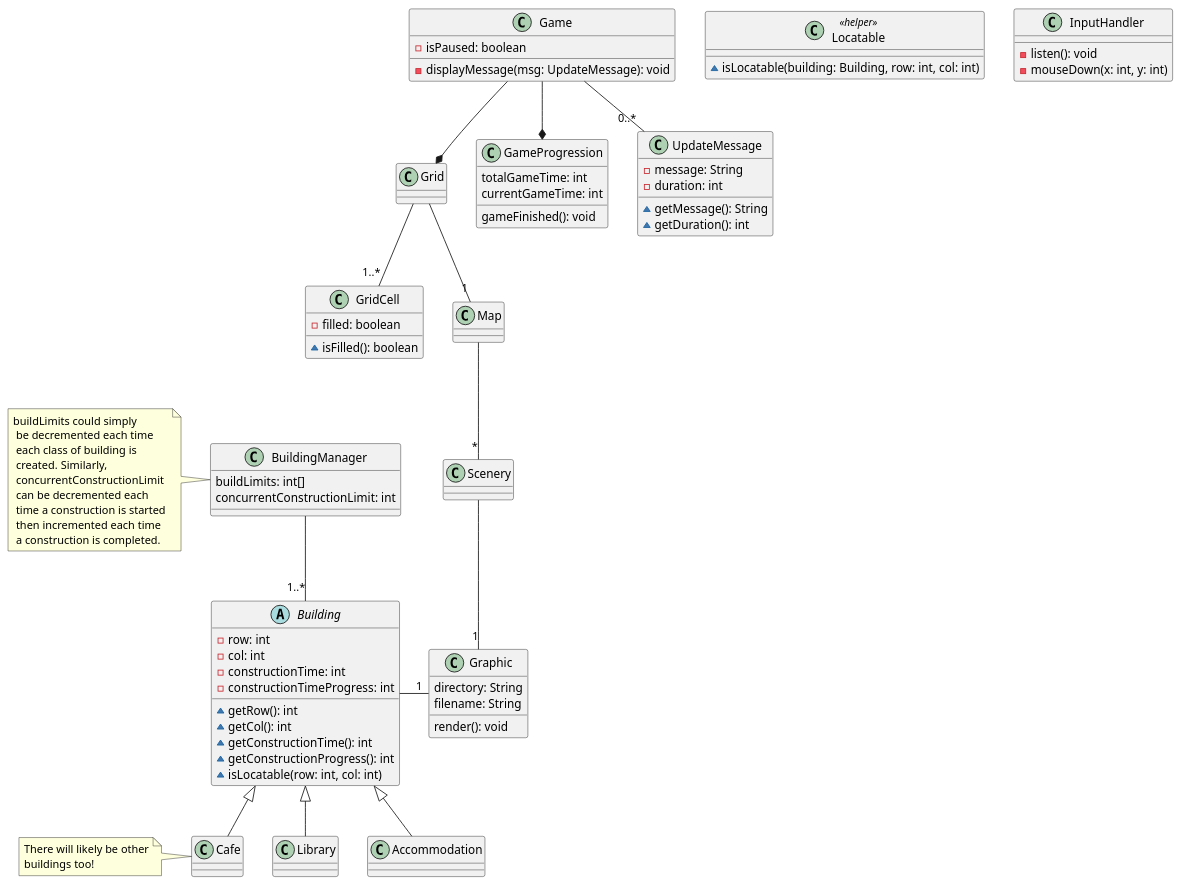
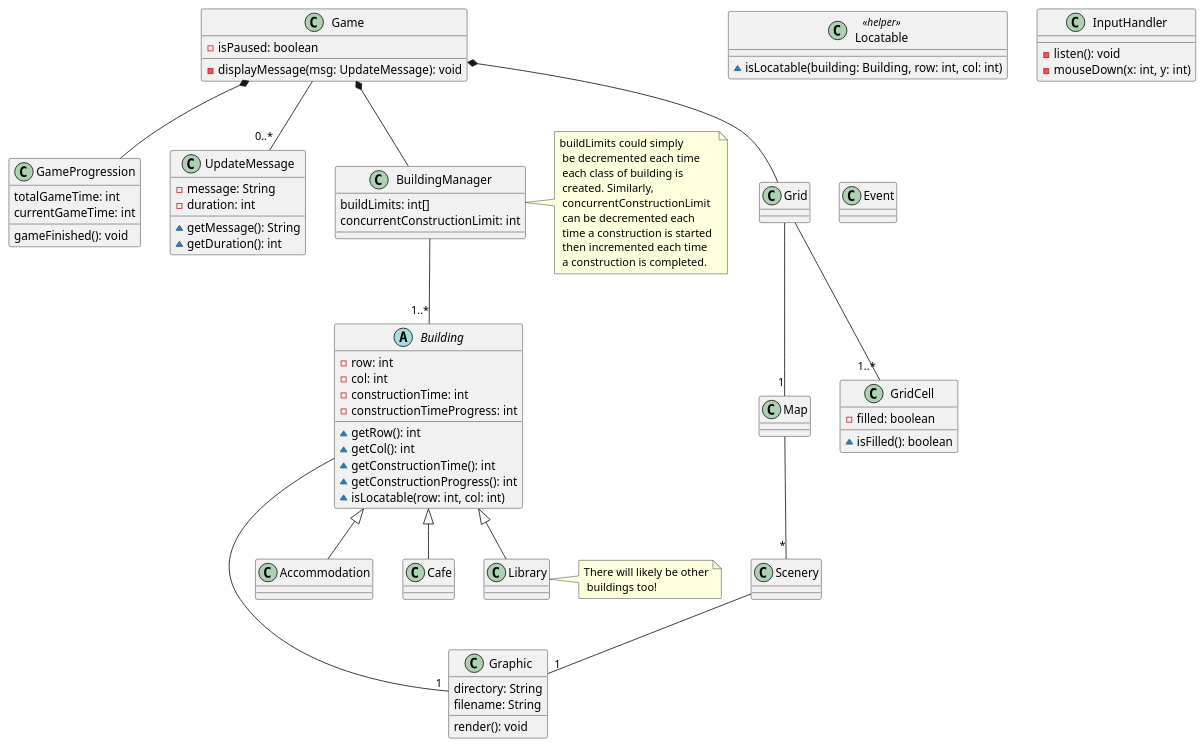
Before and after one commit to mikevaux/eng1: the diagram in architecture/architecture.puml, drawn with PlantUML.

Commit message:
Added a few more architecture bits

```diff
--- a/architecture/architecture.puml
+++ b/architecture/architecture.puml
@@ -1,90 +1,94 @@
 @startuml
 class Game {
     -isPaused: boolean
     -displayMessage(msg: UpdateMessage): void
 }
 
 class Grid {}
 
 class GridCell {
     -filled: boolean
     ~isFilled(): boolean
 }
-
 
 class Map {}
 
 class Scenery {}
 
 class GameProgression {
     totalGameTime: int
     currentGameTime: int
     gameFinished(): void
 }
 
 class BuildingManager {
     buildLimits: int[]
     concurrentConstructionLimit: int
 }
 
 abstract class Building {
     -row: int
     -col: int
     -constructionTime: int
     -constructionTimeProgress: int
     ~getRow(): int
     ~getCol(): int
     ~getConstructionTime(): int
     ~getConstructionProgress(): int
     ~isLocatable(row: int, col: int)
 }
 
 class Locatable << helper >> {
     ~isLocatable(building: Building, row: int, col: int)
 }
 
 class Graphic {
     directory: String
     filename: String
     render(): void
 }
 
 class InputHandler {
     -listen(): void
     -mouseDown(x: int, y: int)
 }
 
 class UpdateMessage {
     -message: String
     -duration: int
     ~getMessage(): String
     ~getDuration(): int
 }
 
+class Event {
+
+}
+
 'Extensions
 Building <|-- Library
 Building <|-- Accommodation
 Building <|-- Cafe
 
 'Compositions
-Game --* Grid
-Game --* GameProgression
+Game *-- Grid
+Game *-- BuildingManager
+Game *-- GameProgression
 
 'Associations
 Game -- "0..*" UpdateMessage
 
 Grid -- "1" Map
 Grid -- "1..*" GridCell
 
 Map -- "*" Scenery
 
 Scenery -- "1" Graphic
 
 BuildingManager -- "1..*" Building
 Building - "1" Graphic
 
 'Notes
 note left of BuildingManager: buildLimits could simply \n be decremented each time \n each class of building is\n created. Similarly,\n concurrentConstructionLimit \n can be decremented each \n time a construction is started \n then incremented each time \n a construction is completed.
-note left of Cafe: There will likely be other\nbuildings too!
+note right of Library: There will likely be other\n buildings too!
 
 @enduml
```
